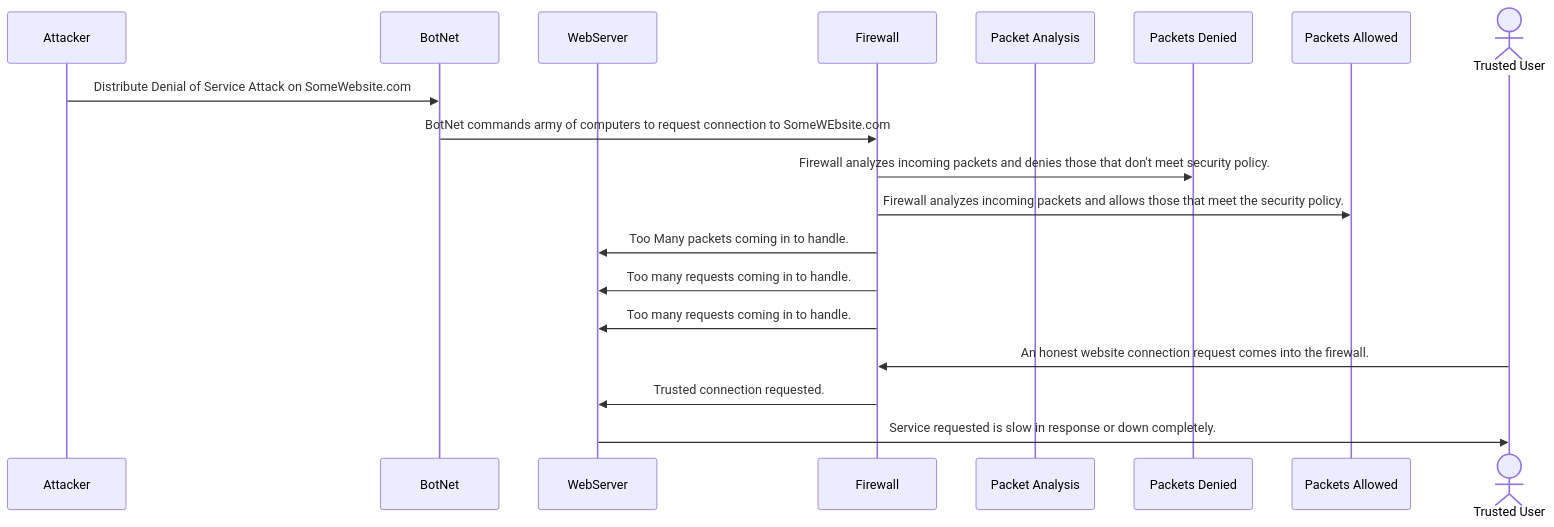
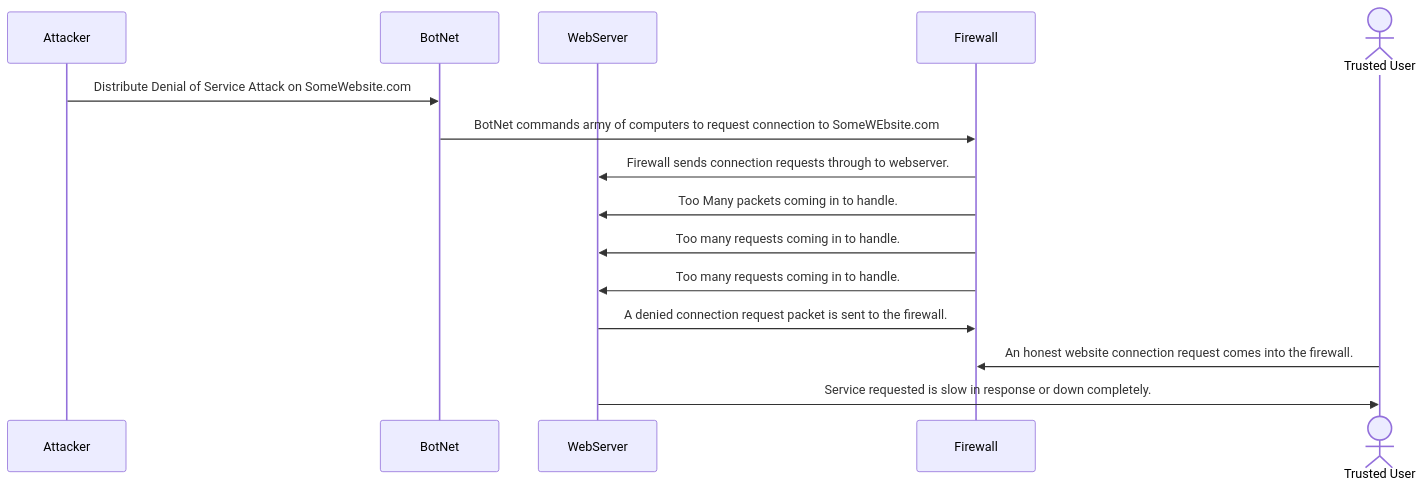
The diagram in DDoS_Attack_Sequence.md (Langston6954/Langston6954.github.io), drawn with Mermaid before and after one commit.

Commit message:
Update DDoS_Attack_Sequence.md
Updated.

````diff
--- a/DDoS_Attack_Sequence.md
+++ b/DDoS_Attack_Sequence.md
@@ -1,28 +1,25 @@
 ```mermaid
 sequenceDiagram
   participant Attacker
   participant BotNet
   participant WebServer
   participant Firewall
-  participant Packet Analysis
-  participant Packets Denied
-  participant Packets Allowed
   actor Trusted User
   Attacker->>BotNet: Distribute Denial of Service Attack on SomeWebsite.com
   BotNet->>Firewall: BotNet commands army of computers to request connection to SomeWEbsite.com
-  Firewall->>Packets Denied: Firewall analyzes incoming packets and denies those that don't meet security policy.
-  Firewall->>Packets Allowed: Firewall analyzes incoming packets and allows those that meet the security policy.
+  Firewall->>WebServer: Firewall sends connection requests through to webserver.
   Firewall->>WebServer: Too Many packets coming in to handle.
   Firewall->>WebServer: Too many requests coming in to handle.
   Firewall->>WebServer: Too many requests coming in to handle.
+  WebServer->>Firewall: A denied connection request packet is sent to the firewall.
   Trusted User->>Firewall: An honest website connection request comes into the firewall.
-  Firewall->>WebServer: Trusted connection requested.
   WebServer->>Trusted User: Service requested is slow in response or down completely.
 
 
 
 
 
 
 
+
 ```
````
